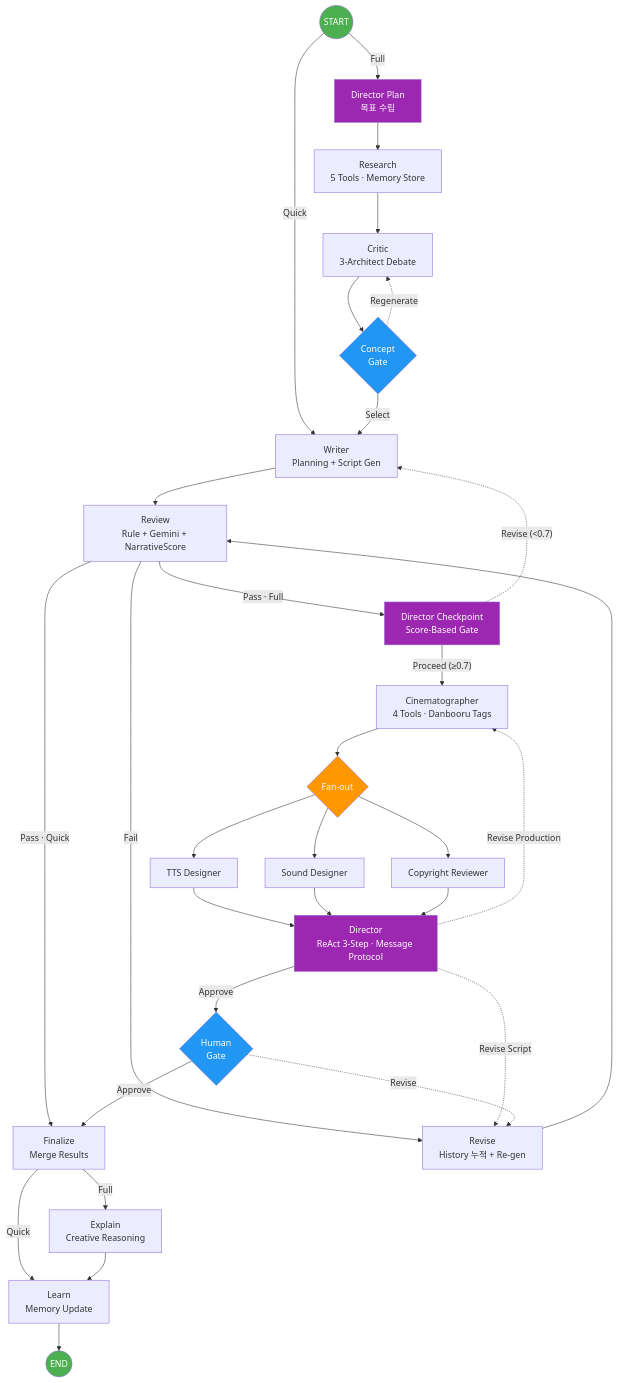
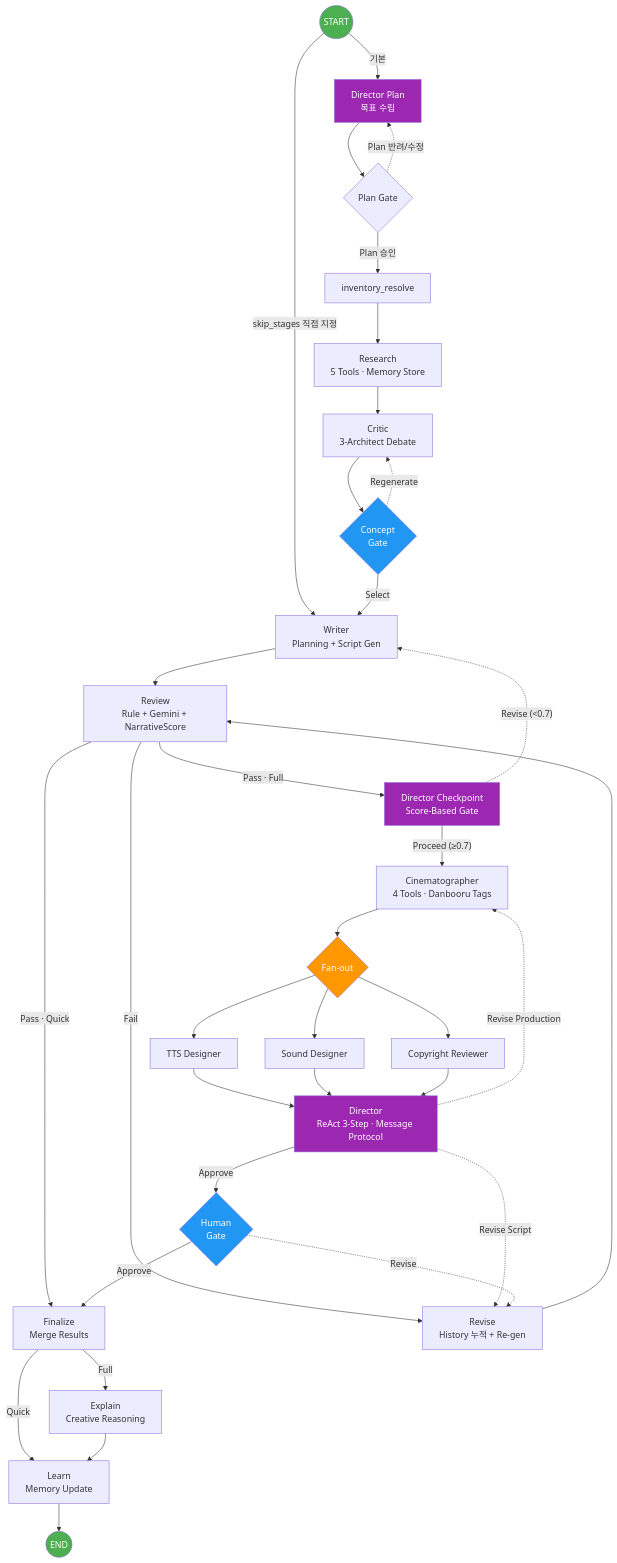
The second of 2 diagrams in README.md (tomo-playground/sdd-orchestrator), drawn with Mermaid before and after one commit. The commit also changed other lines of this file and 11 other files, not shown here.

````diff
--- a/README.md
+++ b/README.md
@@ -71,53 +71,57 @@
 ```mermaid
 flowchart TD
     START(("START"))
 
-    START -->|"Full"| director_plan["Director Plan<br/>목표 수립"]
-    START -->|"Quick"| writer
+    START -->|"skip_stages 직접 지정"| writer
+    START -->|"기본"| director_plan["Director Plan<br/>목표 수립"]
 
-    director_plan --> research["Research<br/>5 Tools · Memory Store"]
+    director_plan --> director_plan_gate{"Plan Gate"}
+    director_plan_gate -->|"Plan 승인"| inventory_resolve
+    director_plan_gate -.->|"Plan 반려/수정"| director_plan
+    
+    inventory_resolve --> research["Research<br/>5 Tools · Memory Store"]
     research --> critic["Critic<br/>3-Architect Debate"]
     critic --> concept_gate{"Concept<br/>Gate"}
     concept_gate -->|"Select"| writer["Writer<br/>Planning + Script Gen"]
     concept_gate -.->|"Regenerate"| critic
 
     writer --> review["Review<br/>Rule + Gemini + NarrativeScore"]
 
     review -->|"Pass · Full"| checkpoint["Director Checkpoint<br/>Score-Based Gate"]
     review -->|"Pass · Quick"| finalize["Finalize<br/>Merge Results"]
     review -->|"Fail"| revise["Revise<br/>History 누적 + Re-gen"]
     revise --> review
 
     checkpoint -->|"Proceed (≥0.7)"| cine["Cinematographer<br/>4 Tools · Danbooru Tags"]
     checkpoint -.->|"Revise (<0.7)"| writer
 
     cine --> fan{"Fan-out"}
     fan --> tts["TTS Designer"]
     fan --> sound["Sound Designer"]
     fan --> copyright["Copyright Reviewer"]
 
     tts --> director
     sound --> director
     copyright --> director["Director<br/>ReAct 3-Step · Message Protocol"]
 
     director -->|"Approve"| human{"Human<br/>Gate"}
     director -.->|"Revise Script"| revise
     director -.->|"Revise Production"| cine
 
     human -->|"Approve"| finalize
     human -.->|"Revise"| revise
 
     finalize -->|"Full"| explain["Explain<br/>Creative Reasoning"]
     finalize -->|"Quick"| learn
     explain --> learn["Learn<br/>Memory Update"]
     learn --> DONE(("END"))
 
     style START fill:#4CAF50,color:#fff
     style DONE fill:#4CAF50,color:#fff
     style fan fill:#FF9800,color:#fff
     style concept_gate fill:#2196F3,color:#fff
     style checkpoint fill:#9C27B0,color:#fff
     style human fill:#2196F3,color:#fff
     style director fill:#9C27B0,color:#fff
     style director_plan fill:#9C27B0,color:#fff
 ```
````
